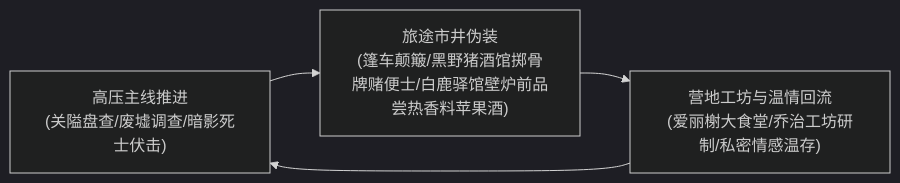
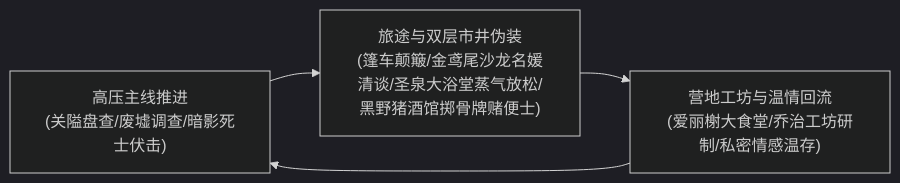
Before and after one commit to soranokiseki1437/eldoria-worldbook: the diagram in 方案/第二部/主线与世界扩充方案/03_多日常与生活呼吸感设计方案.md, drawn with Mermaid (dark theme). The commit also changed other lines of this file and 29 other files, not shown here.

````diff
--- a/方案/第二部/主线与世界扩充方案/03_多日常与生活呼吸感设计方案.md
+++ b/方案/第二部/主线与世界扩充方案/03_多日常与生活呼吸感设计方案.md
@@ -12,6 +12,6 @@
 ```mermaid
 graph LR
-    A["高压主线推进<br/>(关隘盘查/废墟调查/暗影死士伏击)"] --> B["旅途市井伪装<br/>(篷车颠簸/黑野猪酒馆掷骨牌赌便士/白鹿驿馆壁炉前品尝热香料苹果酒)"]
+    A["高压主线推进<br/>(关隘盘查/废墟调查/暗影死士伏击)"] --> B["旅途与双层市井伪装<br/>(篷车颠簸/金鸢尾沙龙名媛清谈/圣泉大浴堂蒸气放松/黑野猪酒馆掷骨牌赌便士)"]
     B --> C["营地工坊与温情回流<br/>(爱丽榭大食堂/乔治工坊研制/私密情感温存)"]
     C --> A
 ```
````
